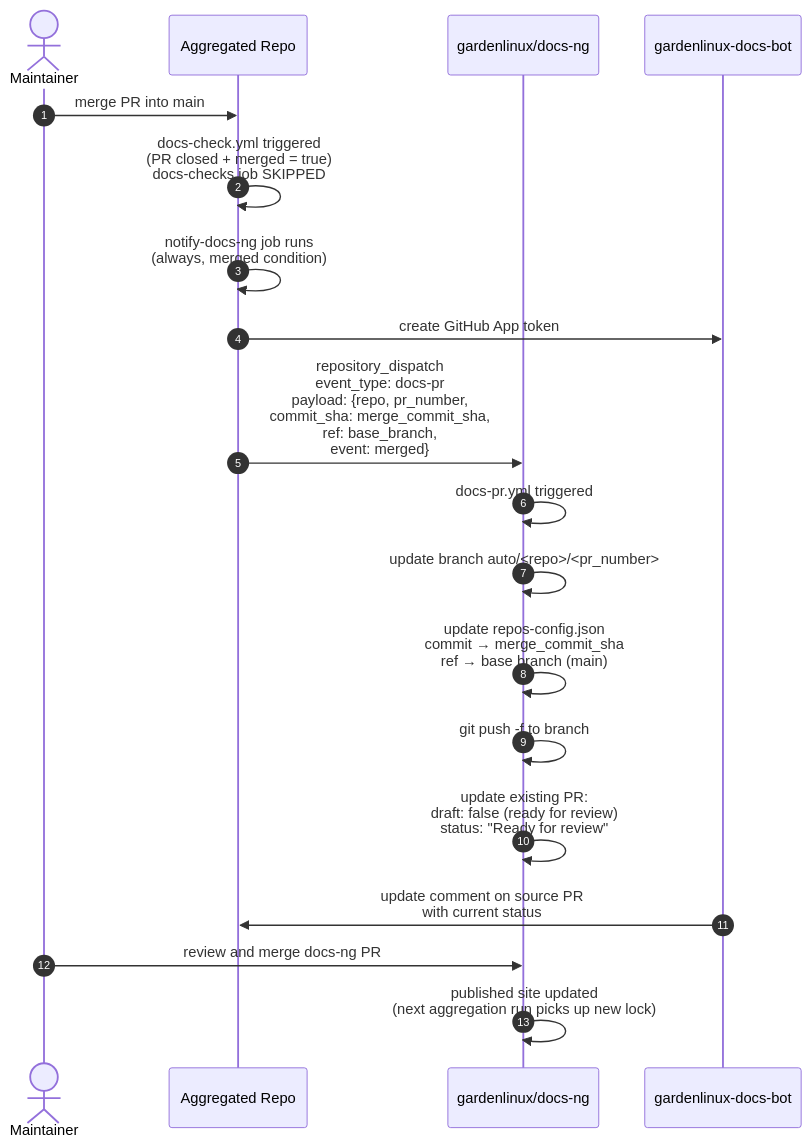
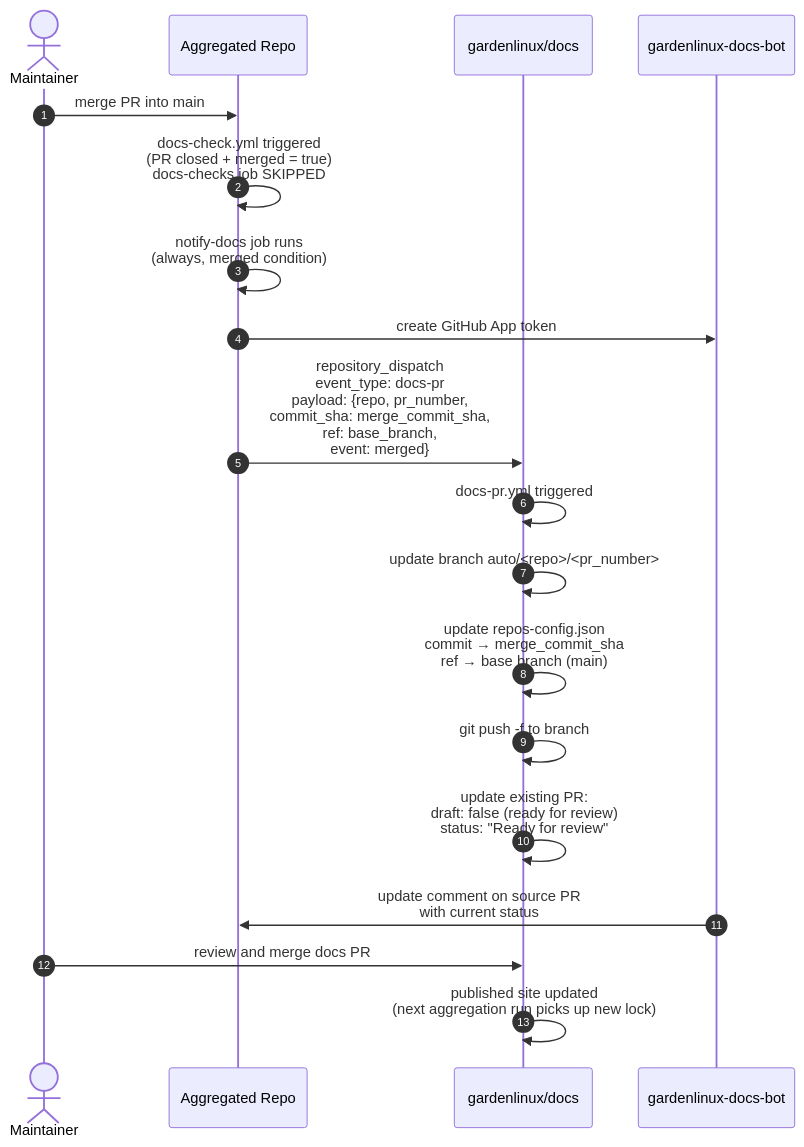
Before and after one commit to gardenlinux/docs-ng: the third of 3 diagrams in docs/contributing/documentation/ci-architecture.md, drawn with Mermaid. The commit also changed other lines of this file and 17 other files, not shown here.

````diff
--- a/docs/contributing/documentation/ci-architecture.md
+++ b/docs/contributing/documentation/ci-architecture.md
@@ -179,22 +179,22 @@
 ```mermaid
 sequenceDiagram
     autonumber
     actor Maint as Maintainer
     participant SrcRepo as Aggregated Repo
-    participant DocsNG as gardenlinux/docs-ng
+    participant DocsNG as gardenlinux/docs
     participant Bot as gardenlinux-docs-bot
 
     Maint->>SrcRepo: merge PR into main
     SrcRepo->>SrcRepo: docs-check.yml triggered<br/>(PR closed + merged = true)<br/>docs-checks job SKIPPED
-    SrcRepo->>SrcRepo: notify-docs-ng job runs<br/>(always, merged condition)
+    SrcRepo->>SrcRepo: notify-docs job runs<br/>(always, merged condition)
     SrcRepo->>Bot: create GitHub App token
     SrcRepo->>DocsNG: repository_dispatch<br/>event_type: docs-pr<br/>payload: {repo, pr_number,<br/>commit_sha: merge_commit_sha,<br/>ref: base_branch,<br/>event: merged}
     DocsNG->>DocsNG: docs-pr.yml triggered
     DocsNG->>DocsNG: update branch auto/<repo>/<pr_number>
     DocsNG->>DocsNG: update repos-config.json<br/>commit → merge_commit_sha<br/>ref → base branch (main)
     DocsNG->>DocsNG: git push -f to branch
     DocsNG->>DocsNG: update existing PR:<br/>draft: false (ready for review)<br/>status: "Ready for review"
     Bot->>SrcRepo: update comment on source PR<br/>with current status
-    Maint->>DocsNG: review and merge docs-ng PR
+    Maint->>DocsNG: review and merge docs PR
     DocsNG->>DocsNG: published site updated<br/>(next aggregation run picks up new lock)
 ```
````
